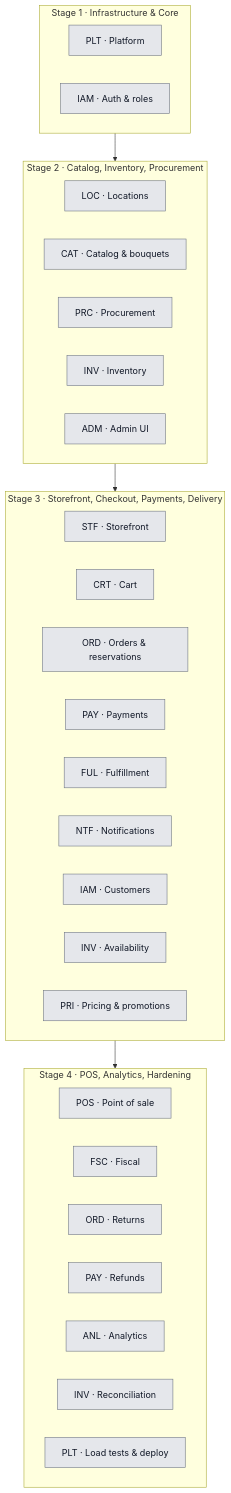
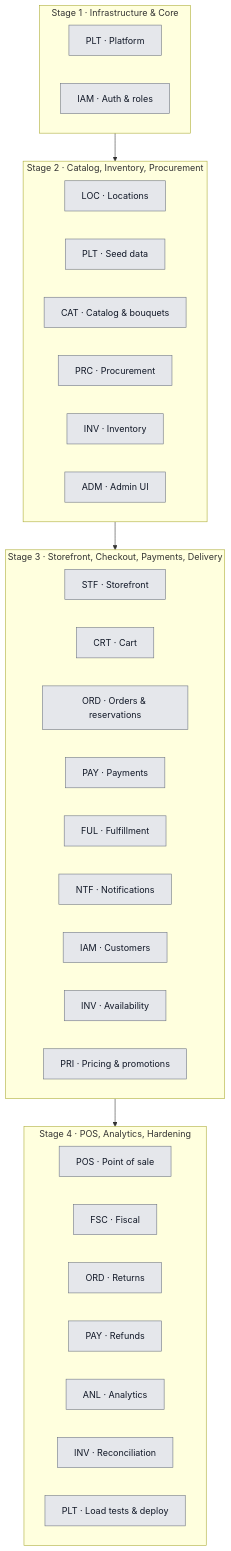
One commit to DevAgassi/flower-network changed the third of 3 diagrams in ROADMAP.md. Above: the diagram before and after it, drawn with Mermaid. The commit also changed other lines of this file, not shown here.

Commit message:
ROADMAP: move PLT-08 (seed data) to Stage 2, after LOC-01, CAT-01, INV-01
Seed data needs the locations, catalog and stock tables, which Stage 2
creates. New epic E_PLT_S2 (#103).

````diff
--- a/ROADMAP.md
+++ b/ROADMAP.md
@@ -97,48 +97,49 @@
 ```mermaid
 flowchart TB
   subgraph S1["Stage 1 · Infrastructure & Core"]
     E_PLT_S1["PLT · Platform"]
     E_IAM_S1["IAM · Auth & roles"]
   end
 
   subgraph S2["Stage 2 · Catalog, Inventory, Procurement"]
     E_LOC_S2["LOC · Locations"]
+    E_PLT_S2["PLT · Seed data"]
     E_CAT_S2["CAT · Catalog & bouquets"]
     E_PRC_S2["PRC · Procurement"]
     E_INV_S2["INV · Inventory"]
     E_ADM_S2["ADM · Admin UI"]
   end
 
   subgraph S3["Stage 3 · Storefront, Checkout, Payments, Delivery"]
     E_STF_S3["STF · Storefront"]
     E_CRT_S3["CRT · Cart"]
     E_ORD_S3["ORD · Orders & reservations"]
     E_PAY_S3["PAY · Payments"]
     E_FUL_S3["FUL · Fulfillment"]
     E_NTF_S3["NTF · Notifications"]
     E_IAM_S3["IAM · Customers"]
     E_INV_S3["INV · Availability"]
     E_PRI_S3["PRI · Pricing & promotions"]
   end
 
   subgraph S4["Stage 4 · POS, Analytics, Hardening"]
     E_POS_S4["POS · Point of sale"]
     E_FSC_S4["FSC · Fiscal"]
     E_ORD_S4["ORD · Returns"]
     E_PAY_S4["PAY · Refunds"]
     E_ANL_S4["ANL · Analytics"]
     E_INV_S4["INV · Reconciliation"]
     E_PLT_S4["PLT · Load tests & deploy"]
   end
 
   S1 --> S2 --> S3 --> S4
 
   classDef todo fill:#e5e7eb,stroke:#6b7280,color:#111827
   classDef wip fill:#fde68a,stroke:#b45309,color:#111827
   classDef done fill:#bbf7d0,stroke:#15803d,color:#111827
   classDef blocked fill:#fecaca,stroke:#b91c1c,color:#111827
 
   %% status:start
-  class E_PLT_S1,E_IAM_S1,E_LOC_S2,E_CAT_S2,E_PRC_S2,E_INV_S2,E_ADM_S2,E_STF_S3,E_CRT_S3,E_ORD_S3,E_PAY_S3,E_FUL_S3,E_NTF_S3,E_IAM_S3,E_INV_S3,E_PRI_S3,E_POS_S4,E_FSC_S4,E_ORD_S4,E_PAY_S4,E_ANL_S4,E_INV_S4,E_PLT_S4 todo
+  class E_PLT_S1,E_IAM_S1,E_LOC_S2,E_PLT_S2,E_CAT_S2,E_PRC_S2,E_INV_S2,E_ADM_S2,E_STF_S3,E_CRT_S3,E_ORD_S3,E_PAY_S3,E_FUL_S3,E_NTF_S3,E_IAM_S3,E_INV_S3,E_PRI_S3,E_POS_S4,E_FSC_S4,E_ORD_S4,E_PAY_S4,E_ANL_S4,E_INV_S4,E_PLT_S4 todo
   %% status:end
 ```
````
